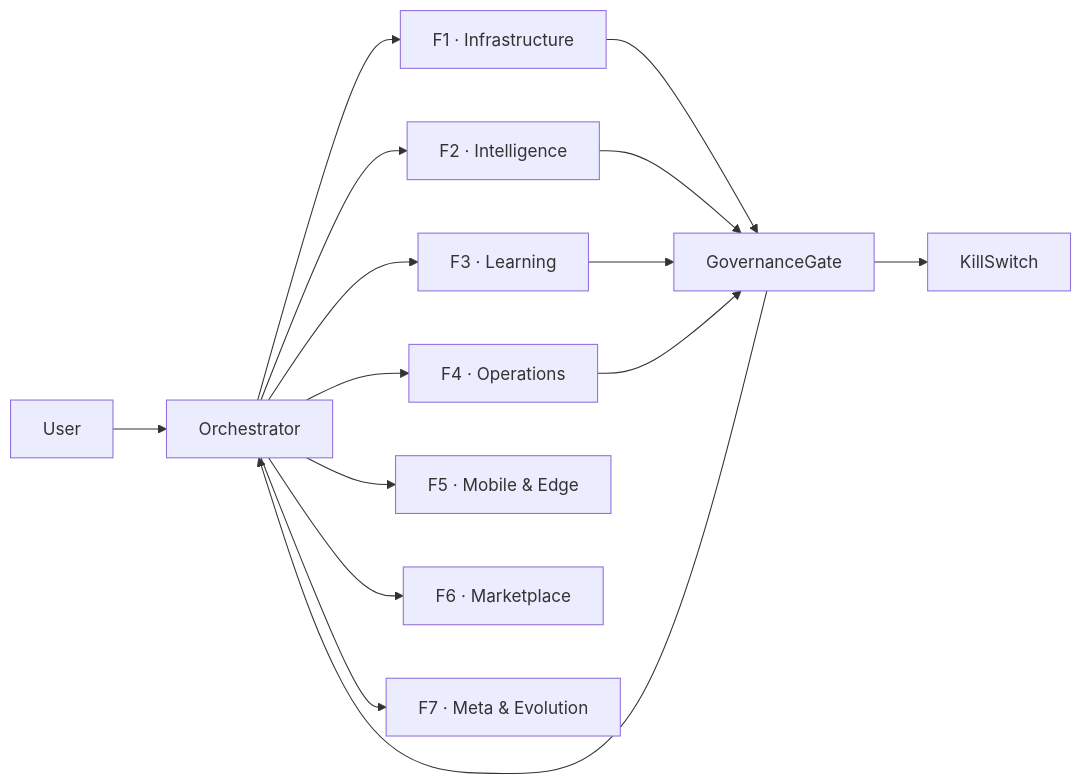
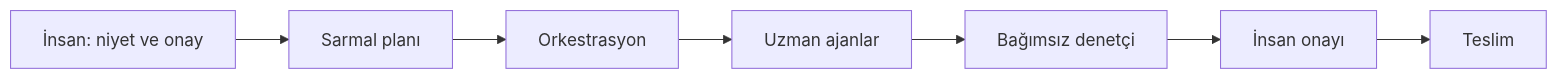
Before and after one commit to nexivionlabs/nexivionlabs: the diagram in README.md, drawn with Mermaid. The commit also changed other lines of this file and 1 other file, not shown here.

First line of the commit message:
Profil README Türkçeye çevrildi, Sarmal merkeze alındı

````diff
--- a/README.md
+++ b/README.md
@@ -71,20 +37,9 @@
 ```mermaid
 flowchart LR
-    User --> Orchestrator
-
-    Orchestrator --> F1[F1 · Infrastructure]
-    Orchestrator --> F2[F2 · Intelligence]
-    Orchestrator --> F3[F3 · Learning]
-    Orchestrator --> F4[F4 · Operations]
-    Orchestrator --> F5[F5 · Mobile & Edge]
-    Orchestrator --> F6[F6 · Marketplace]
-    Orchestrator --> F7[F7 · Meta & Evolution]
-
-    F1 --> GovernanceGate
-    F2 --> GovernanceGate
-    F3 --> GovernanceGate
-    F4 --> GovernanceGate
-
-    GovernanceGate --> KillSwitch
-    GovernanceGate --> Orchestrator
+    Insan[İnsan: niyet ve onay] --> Plan[Sarmal planı]
+    Plan --> Orkestra[Orkestrasyon]
+    Orkestra --> Ajanlar[Uzman ajanlar]
+    Ajanlar --> Denetci[Bağımsız denetçi]
+    Denetci --> Onay[İnsan onayı]
+    Onay --> Teslim[Teslim]
 ```
````
